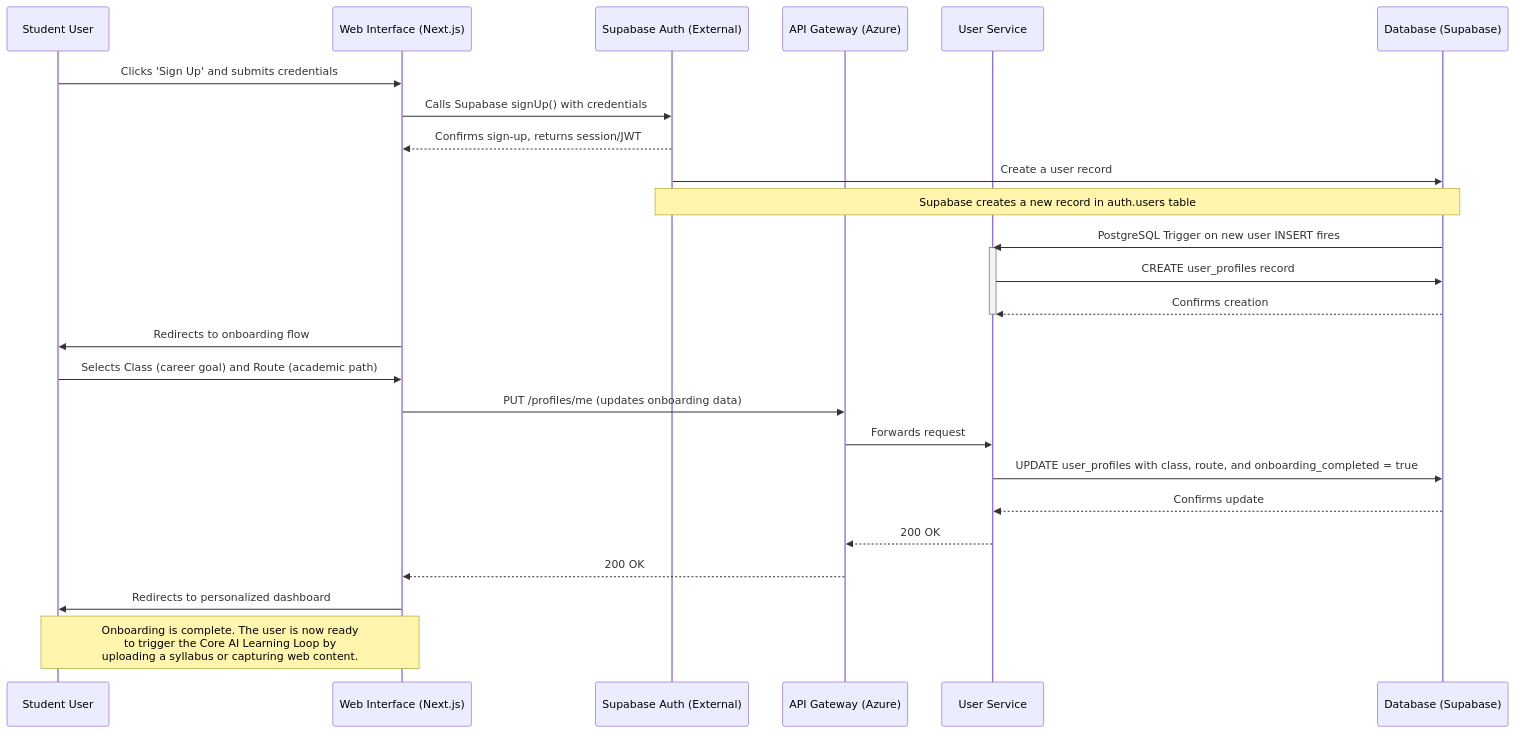
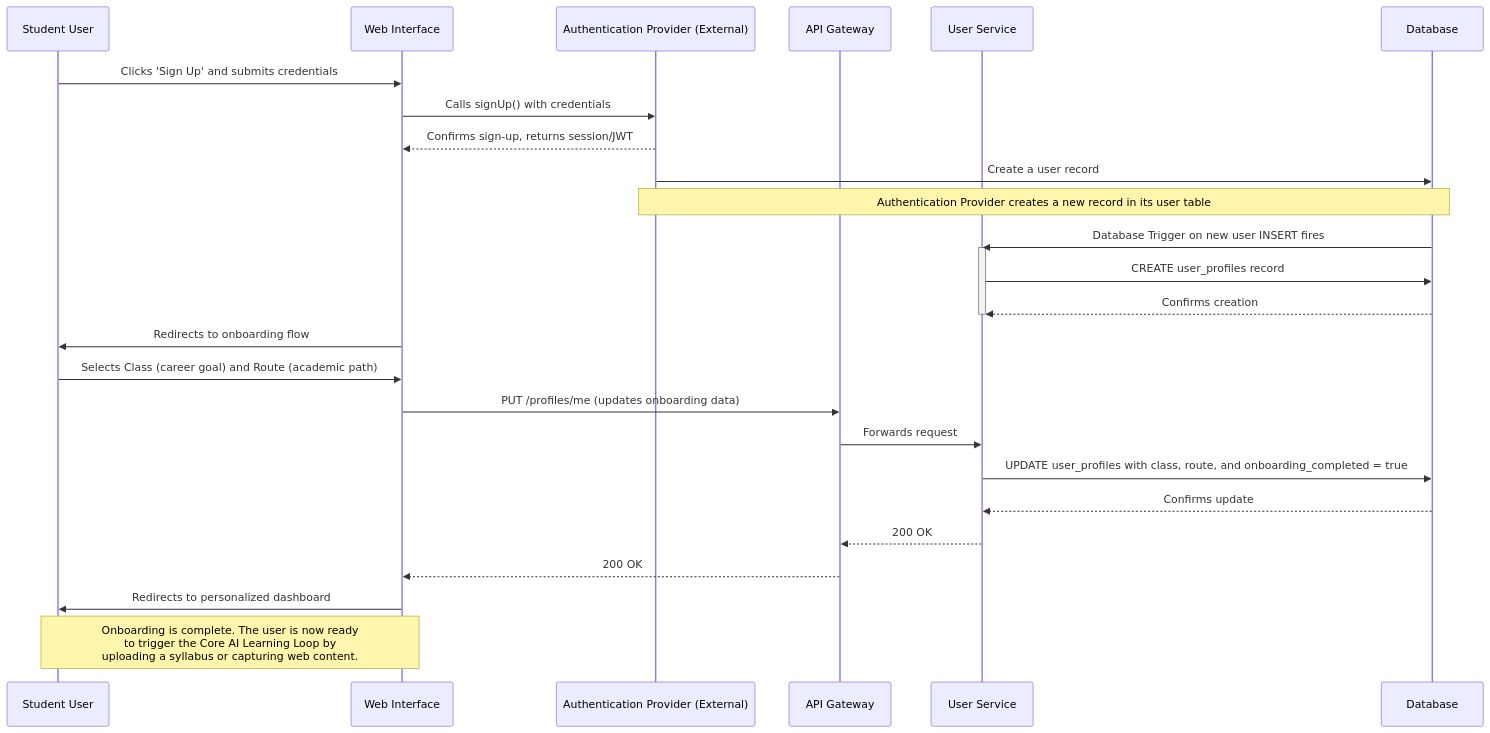
Before and after one commit to FA25SE050-RogueLearn/RogueLearn.BMAD.Documentation: the diagram in mermaid-diagrams/sequence/01-student-onboarding.md, drawn with Mermaid.

````diff
--- a/mermaid-diagrams/sequence/01-student-onboarding.md
+++ b/mermaid-diagrams/sequence/01-student-onboarding.md
@@ -3,37 +3,37 @@
 ```mermaid
 sequenceDiagram
     participant U as Student User
-    participant UI as Web Interface (Next.js)
-    participant SupabaseAuth as Supabase Auth (External)
-    participant APIGateway as API Gateway (Azure)
+    participant UI as Web Interface
+    participant AuthProvider as Authentication Provider (External)
+    participant APIGateway as API Gateway
     participant UserService as User Service
-    participant Database as Database (Supabase)
+    participant Database as Database
 
-    %% Step 1: User Registration via Supabase SDK %%
+    %% Step 1: User Registration via SDK %%
     U->>UI: Clicks 'Sign Up' and submits credentials
-    UI->>SupabaseAuth: Calls Supabase signUp() with credentials
-    SupabaseAuth-->>UI: Confirms sign-up, returns session/JWT
-    SupabaseAuth->>Database: Create a user record
+    UI->>AuthProvider: Calls signUp() with credentials
+    AuthProvider-->>UI: Confirms sign-up, returns session/JWT
+    AuthProvider->>Database: Create a user record
 
     %% Step 2: Backend Profile Creation via DB Trigger %%
-    Note over SupabaseAuth, Database: Supabase creates a new record in auth.users table
-    Database->>UserService: PostgreSQL Trigger on new user INSERT fires
+    Note over AuthProvider, Database: Authentication Provider creates a new record in its user table
+    Database->>UserService: Database Trigger on new user INSERT fires
     activate UserService
     UserService->>Database: CREATE user_profiles record
     Database-->>UserService: Confirms creation
     deactivate UserService
     
     %% Step 3: User is redirected to complete the onboarding wizard %%
     UI->>U: Redirects to onboarding flow
     U->>UI: Selects Class (career goal) and Route (academic path)
     UI->>APIGateway: PUT /profiles/me (updates onboarding data)
     APIGateway->>UserService: Forwards request
     UserService->>Database: UPDATE user_profiles with class, route, and onboarding_completed = true
     Database-->>UserService: Confirms update
     UserService-->>APIGateway: 200 OK
     APIGateway-->>UI: 200 OK
 
     %% Step 4: User lands on the dashboard %%
     UI->>U: Redirects to personalized dashboard
     Note over U, UI: Onboarding is complete. The user is now ready<br/>to trigger the Core AI Learning Loop by<br/>uploading a syllabus or capturing web content.
 ```
````
